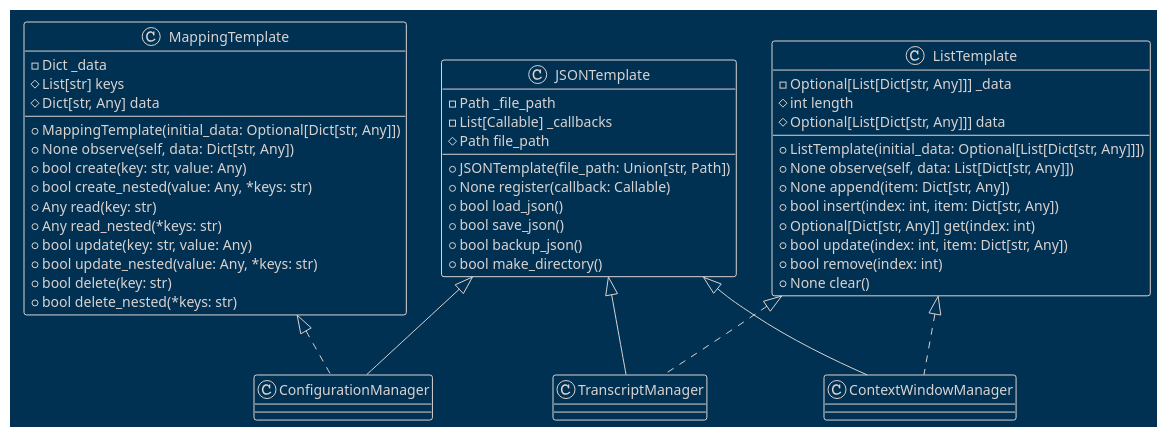
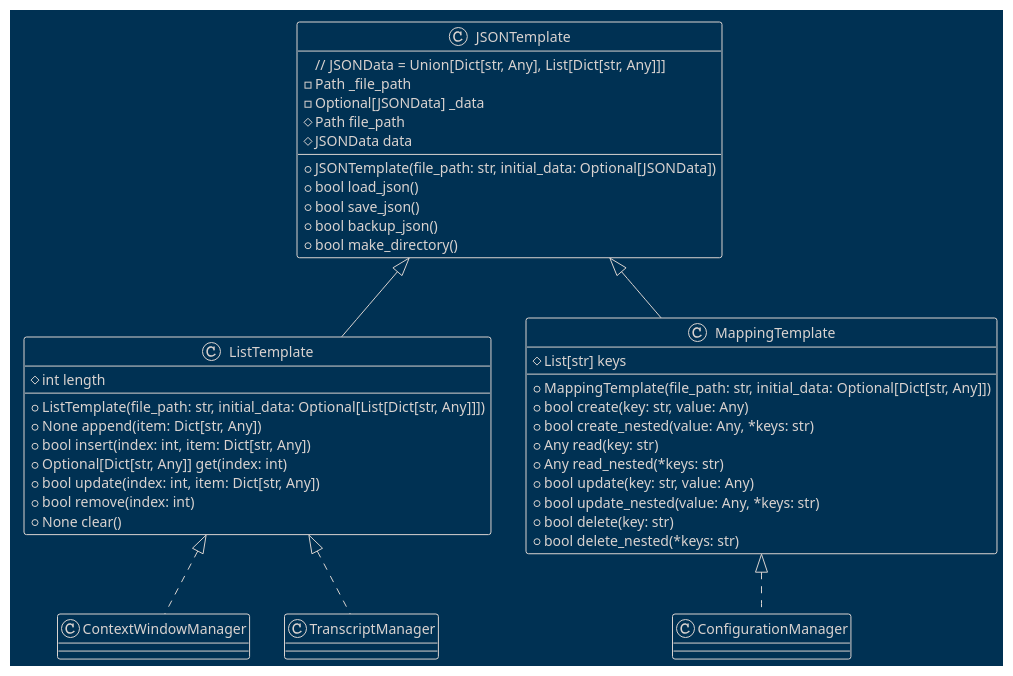
Before and after one commit to teleprint-me/py.gpt.prompt: the diagram in docs/diagrams/plantuml/mapping_templates.puml, drawn with PlantUML. The commit also changed 1 other file, not shown here.

Commit message:
docs: Refactor core design to solve data syncing issues

```diff
--- a/docs/diagrams/plantuml/mapping_templates.puml
+++ b/docs/diagrams/plantuml/mapping_templates.puml
@@ -1,57 +1,49 @@
 @startuml MappingTemplates
 !theme blueprint
 
 class JSONTemplate {
+    // JSONData = Union[Dict[str, Any], List[Dict[str, Any]]]
     - Path _file_path
-    - List[Callable] _callbacks
-    + JSONTemplate(file_path: Union[str, Path])
+    - Optional[JSONData] _data
+    + JSONTemplate(file_path: str, initial_data: Optional[JSONData])
     # Path file_path
-    + None register(callback: Callable)
+    # JSONData data
     + bool load_json()
     + bool save_json()
     + bool backup_json()
     + bool make_directory()
 }
 
-class ListTemplate {
-    - Optional[List[Dict[str, Any]]] _data
-    + ListTemplate(initial_data: Optional[List[Dict[str, Any]]])
+class ListTemplate extends JSONTemplate {
+    + ListTemplate(file_path: str, initial_data: Optional[List[Dict[str, Any]]])
     # int length
-    # Optional[List[Dict[str, Any]]] data
-    + None observe(self, data: List[Dict[str, Any]])
     + None append(item: Dict[str, Any])
     + bool insert(index: int, item: Dict[str, Any])
     + Optional[Dict[str, Any]] get(index: int)
     + bool update(index: int, item: Dict[str, Any])
     + bool remove(index: int)
     + None clear()
 }
 
-class MappingTemplate {
-    - Dict _data
-    + MappingTemplate(initial_data: Optional[Dict[str, Any]])
+class MappingTemplate extends JSONTemplate {
+    + MappingTemplate(file_path: str, initial_data: Optional[Dict[str, Any]])
     # List[str] keys
-    # Dict[str, Any] data
-    + None observe(self, data: Dict[str, Any])
     + bool create(key: str, value: Any)
     + bool create_nested(value: Any, *keys: str)
     + Any read(key: str)
     + Any read_nested(*keys: str)
     + bool update(key: str, value: Any)
     + bool update_nested(value: Any, *keys: str)
     + bool delete(key: str)
     + bool delete_nested(*keys: str)
 }
 
 class ConfigurationManager
-JSONTemplate <|-- ConfigurationManager
 MappingTemplate <|.. ConfigurationManager
 
 class ContextWindowManager
-JSONTemplate <|-- ContextWindowManager
 ListTemplate <|.. ContextWindowManager
 
 class TranscriptManager
-JSONTemplate <|-- TranscriptManager
 ListTemplate <|.. TranscriptManager
 @enduml
```
